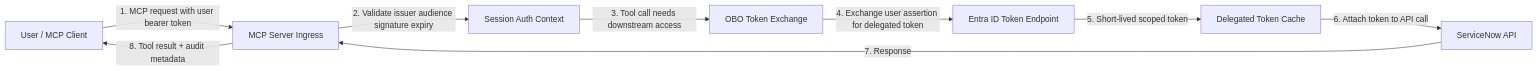
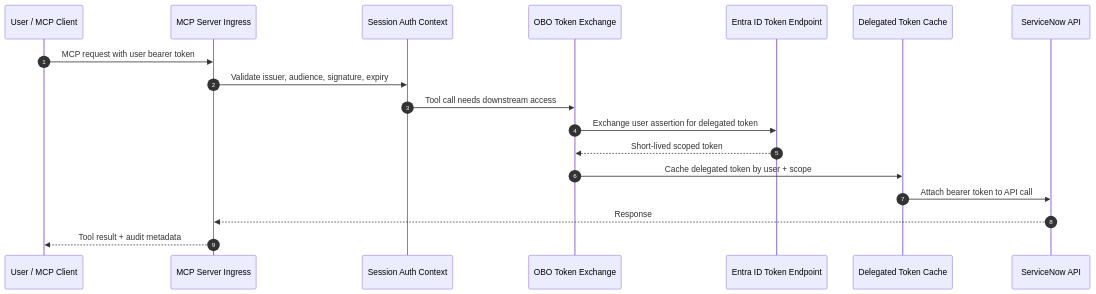
The first of 2 diagrams in README.md (drewelewis/ai-servicenow-mcp-obo), drawn with Mermaid before and after one commit. The commit also changed other lines of this file and 2 other files, not shown here.

Commit message:
docs: convert OBO runtime flow to sequence diagram

````diff
--- a/README.md
+++ b/README.md
@@ -165,11 +165,21 @@
 ```mermaid
-flowchart LR
-  A[User / MCP Client] -->|1. MCP request with user bearer token| B[MCP Server Ingress]
-  B -->|2. Validate issuer audience signature expiry| C[Session Auth Context]
-  C -->|3. Tool call needs downstream access| D[OBO Token Exchange]
-  D -->|4. Exchange user assertion for delegated token| E[Entra ID Token Endpoint]
-  E -->|5. Short-lived scoped token| F[Delegated Token Cache]
-  F -->|6. Attach token to API call| G[ServiceNow API]
-  G -->|7. Response| B
-  B -->|8. Tool result + audit metadata| A
+sequenceDiagram
+  autonumber
+  participant U as User / MCP Client
+  participant I as MCP Server Ingress
+  participant C as Session Auth Context
+  participant O as OBO Token Exchange
+  participant E as Entra ID Token Endpoint
+  participant K as Delegated Token Cache
+  participant S as ServiceNow API
+
+  U->>I: MCP request with user bearer token
+  I->>C: Validate issuer, audience, signature, expiry
+  C->>O: Tool call needs downstream access
+  O->>E: Exchange user assertion for delegated token
+  E-->>O: Short-lived scoped token
+  O->>K: Cache delegated token by user + scope
+  K->>S: Attach bearer token to API call
+  S-->>I: Response
+  I-->>U: Tool result + audit metadata
 ```
````
